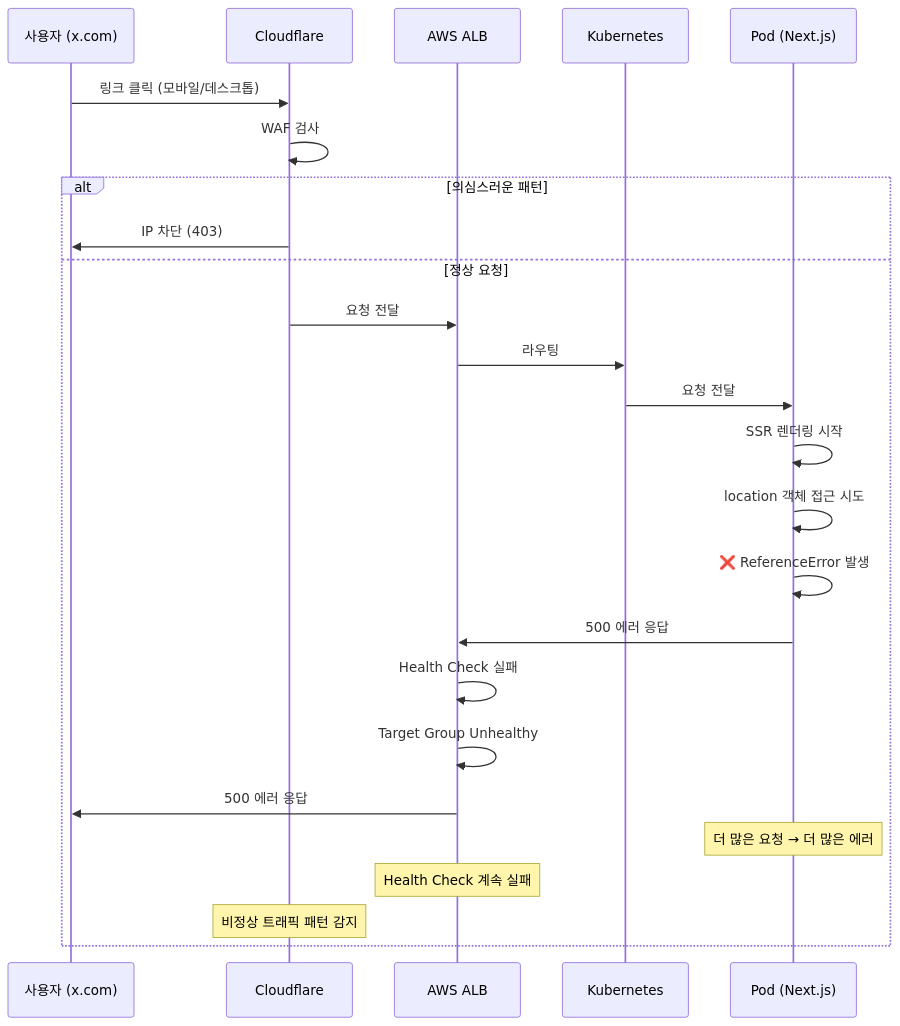
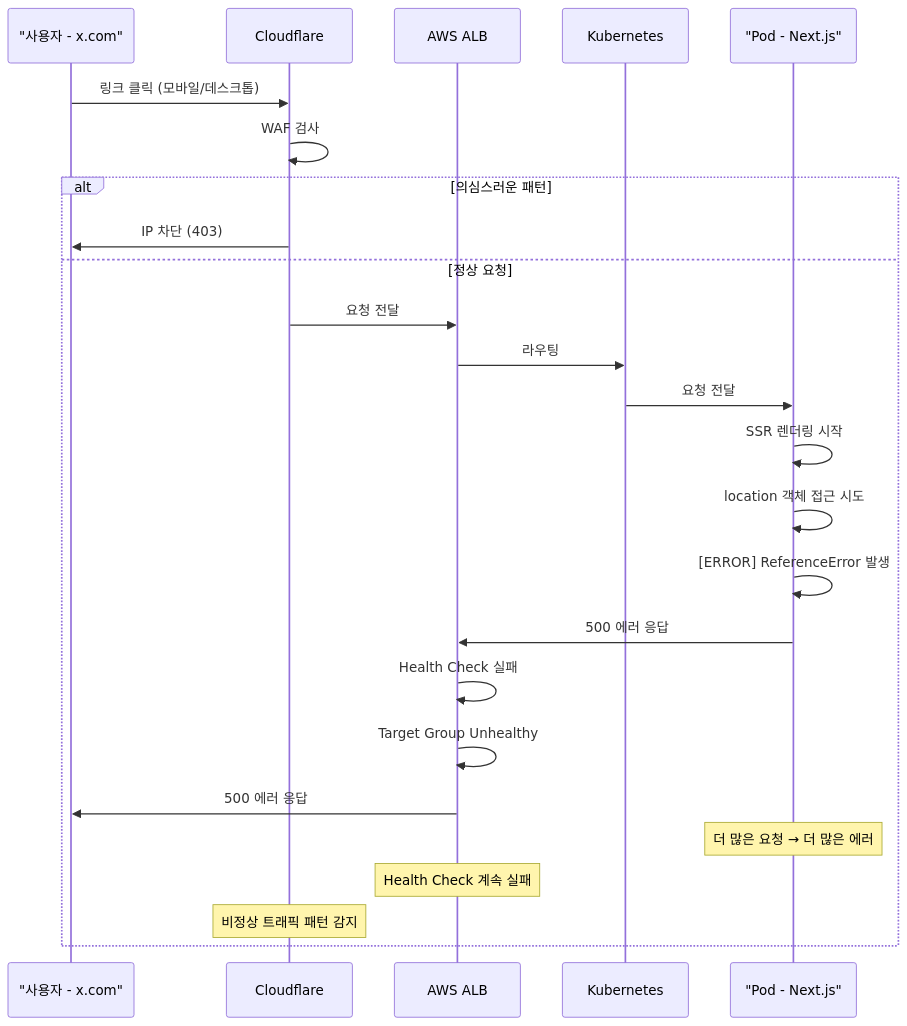
Before and after one commit to Twodragon0/tech-blog: the fifth of 5 diagrams in _posts/2026-01-16-Postmortem_NextJS_SSR_Error_Cloudflare_Blocking_ALB_5XX_Incident_Analysis.md, drawn with Mermaid. The commit also changed other lines of this file and 4 other files, not shown here.

First line of the commit message:
fix: mermaid 차트 syntax 오류 수정 (mermaid 10.9.5 호환)

````diff
--- a/_posts/2026-01-16-Postmortem_NextJS_SSR_Error_Cloudflare_Blocking_ALB_5XX_Incident_Analysis.md
+++ b/_posts/2026-01-16-Postmortem_NextJS_SSR_Error_Cloudflare_Blocking_ALB_5XX_Incident_Analysis.md
@@ -1025,32 +1025,32 @@
 ```mermaid
 sequenceDiagram
-    participant User as 사용자 (x.com)
+    participant User as "사용자 - x.com"
     participant CF as Cloudflare
     participant ALB as AWS ALB
     participant K8s as Kubernetes
-    participant Pod as Pod (Next.js)
+    participant Pod as "Pod - Next.js"
     
     User->>CF: 링크 클릭 (모바일/데스크톱)
     CF->>CF: WAF 검사
     alt 의심스러운 패턴
         CF->>User: IP 차단 (403)
     else 정상 요청
         CF->>ALB: 요청 전달
         ALB->>K8s: 라우팅
         K8s->>Pod: 요청 전달
         
         Pod->>Pod: SSR 렌더링 시작
         Pod->>Pod: location 객체 접근 시도
-        Pod->>Pod: ❌ ReferenceError 발생
+        Pod->>Pod: [ERROR] ReferenceError 발생
         
         Pod->>ALB: 500 에러 응답
         ALB->>ALB: Health Check 실패
         ALB->>ALB: Target Group Unhealthy
         
         ALB->>User: 500 에러 응답
         
         Note over Pod: 더 많은 요청 → 더 많은 에러
         Note over ALB: Health Check 계속 실패
         Note over CF: 비정상 트래픽 패턴 감지
     end
 ```
````
